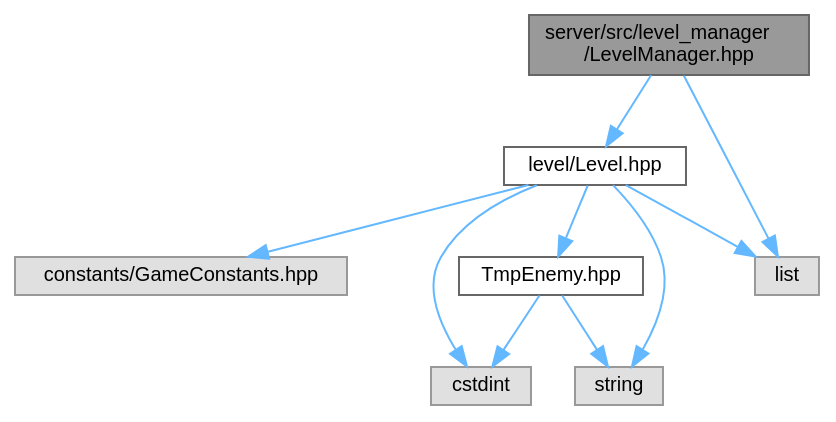
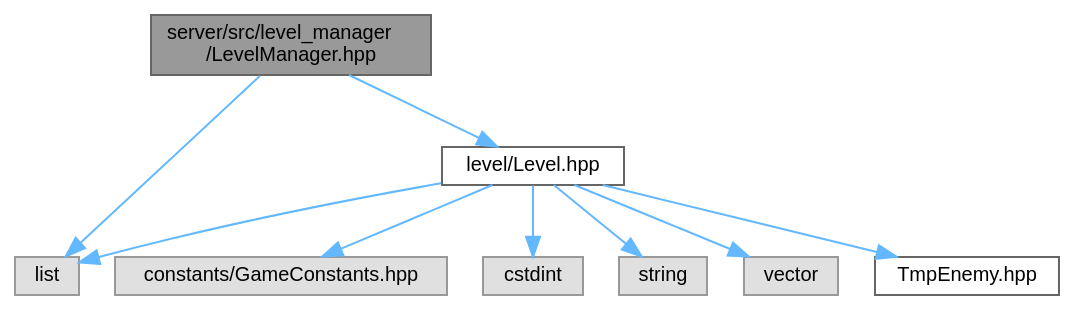
Before and after one commit to Houpsi/R-Type: the diagram in LevelManager_8hpp__incl.dot, drawn with Graphviz. The commit also changed 285 other files, not shown here.

```diff
--- a/LevelManager_8hpp__incl.dot
+++ b/LevelManager_8hpp__incl.dot
@@ -1,23 +1,23 @@
 digraph "server/src/level_manager/LevelManager.hpp"
 {
  // LATEX_PDF_SIZE
   bgcolor="transparent";
   edge [fontname=Helvetica,fontsize=10,labelfontname=Helvetica,labelfontsize=10];
   node [fontname=Helvetica,fontsize=10,shape=box,height=0.2,width=0.4];
   Node1 [id="Node000001",label="server/src/level_manager\l/LevelManager.hpp",height=0.2,width=0.4,color="gray40", fillcolor="grey60", style="filled", fontcolor="black",tooltip=" "];
   Node1 -> Node2 [id="edge1_Node000001_Node000002",color="steelblue1",style="solid",tooltip=" "];
   Node2 [id="Node000002",label="level/Level.hpp",height=0.2,width=0.4,color="grey40", fillcolor="white", style="filled",URL="$Level_8hpp.html",tooltip=" "];
   Node2 -> Node3 [id="edge2_Node000002_Node000003",color="steelblue1",style="solid",tooltip=" "];
   Node3 [id="Node000003",label="constants/GameConstants.hpp",height=0.2,width=0.4,color="grey60", fillcolor="#E0E0E0", style="filled",tooltip=" "];
   Node2 -> Node4 [id="edge3_Node000002_Node000004",color="steelblue1",style="solid",tooltip=" "];
   Node4 [id="Node000004",label="cstdint",height=0.2,width=0.4,color="grey60", fillcolor="#E0E0E0", style="filled",tooltip=" "];
   Node2 -> Node5 [id="edge4_Node000002_Node000005",color="steelblue1",style="solid",tooltip=" "];
   Node5 [id="Node000005",label="list",height=0.2,width=0.4,color="grey60", fillcolor="#E0E0E0", style="filled",tooltip=" "];
   Node2 -> Node6 [id="edge5_Node000002_Node000006",color="steelblue1",style="solid",tooltip=" "];
   Node6 [id="Node000006",label="string",height=0.2,width=0.4,color="grey60", fillcolor="#E0E0E0", style="filled",tooltip=" "];
   Node2 -> Node7 [id="edge6_Node000002_Node000007",color="steelblue1",style="solid",tooltip=" "];
-  Node7 [id="Node000007",label="TmpEnemy.hpp",height=0.2,width=0.4,color="grey40", fillcolor="white", style="filled",URL="$TmpEnemy_8hpp.html",tooltip=" "];
-  Node7 -> Node4 [id="edge7_Node000007_Node000004",color="steelblue1",style="solid",tooltip=" "];
-  Node7 -> Node6 [id="edge8_Node000007_Node000006",color="steelblue1",style="solid",tooltip=" "];
-  Node1 -> Node5 [id="edge9_Node000001_Node000005",color="steelblue1",style="solid",tooltip=" "];
+  Node7 [id="Node000007",label="vector",height=0.2,width=0.4,color="grey60", fillcolor="#E0E0E0", style="filled",tooltip=" "];
+  Node2 -> Node8 [id="edge7_Node000002_Node000008",color="steelblue1",style="solid",tooltip=" "];
+  Node8 [id="Node000008",label="TmpEnemy.hpp",height=0.2,width=0.4,color="grey40", fillcolor="white", style="filled",URL="$TmpEnemy_8hpp.html",tooltip=" "];
+  Node1 -> Node5 [id="edge8_Node000001_Node000005",color="steelblue1",style="solid",tooltip=" "];
 }
```
